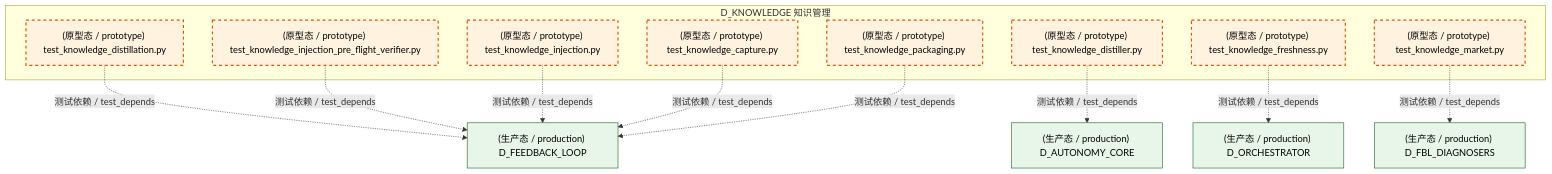
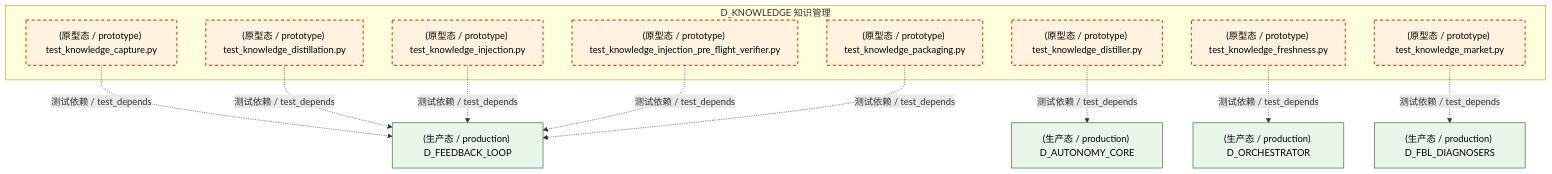
Before and after one commit to xuanFelixVan/ZephyrAlpha: the second of 5 diagrams in docs/02_enterprise_architecture/02_domain_architecture_docs/48_d_knowledge.md, drawn with Mermaid. The commit also changed other lines of this file and 126 other files, not shown here.

````diff
--- a/docs/02_enterprise_architecture/02_domain_architecture_docs/48_d_knowledge.md
+++ b/docs/02_enterprise_architecture/02_domain_architecture_docs/48_d_knowledge.md
@@ -174,31 +174,31 @@
 ```mermaid
 graph TD
     subgraph D_KNOWLEDGE["D_KNOWLEDGE 知识管理"]
         tests_knowledge_engine_test_knowledge_capture_py["(原型态 / prototype) test_knowledge_capture.py"]
         tests_knowledge_engine_test_knowledge_distillation_py["(原型态 / prototype) test_knowledge_distillation.py"]
         tests_knowledge_engine_test_knowledge_distiller_py["(原型态 / prototype) test_knowledge_distiller.py"]
         tests_knowledge_engine_test_knowledge_freshness_py["(原型态 / prototype) test_knowledge_freshness.py"]
         tests_knowledge_engine_test_knowledge_injection_py["(原型态 / prototype) test_knowledge_injection.py"]
         tests_knowledge_engine_test_knowledge_injection_pre_flight_verifier_py["(原型态 / prototype) test_knowledge_injection_pre_flight_verifier.py"]
         tests_knowledge_engine_test_knowledge_market_py["(原型态 / prototype) test_knowledge_market.py"]
         tests_knowledge_engine_test_knowledge_packaging_py["(原型态 / prototype) test_knowledge_packaging.py"]
     end
     D_FEEDBACK_LOOP["(生产态 / production) D_FEEDBACK_LOOP"]
+    tests_knowledge_engine_test_knowledge_capture_py -.->|测试依赖 / test_depends| D_FEEDBACK_LOOP
     tests_knowledge_engine_test_knowledge_distillation_py -.->|测试依赖 / test_depends| D_FEEDBACK_LOOP
+    D_AUTONOMY_CORE["(生产态 / production) D_AUTONOMY_CORE"]
+    tests_knowledge_engine_test_knowledge_distiller_py -.->|测试依赖 / test_depends| D_AUTONOMY_CORE
     D_ORCHESTRATOR["(生产态 / production) D_ORCHESTRATOR"]
     tests_knowledge_engine_test_knowledge_freshness_py -.->|测试依赖 / test_depends| D_ORCHESTRATOR
+    tests_knowledge_engine_test_knowledge_injection_py -.->|测试依赖 / test_depends| D_FEEDBACK_LOOP
+    tests_knowledge_engine_test_knowledge_injection_pre_flight_verifier_py -.->|测试依赖 / test_depends| D_FEEDBACK_LOOP
     D_FBL_DIAGNOSERS["(生产态 / production) D_FBL_DIAGNOSERS"]
     tests_knowledge_engine_test_knowledge_market_py -.->|测试依赖 / test_depends| D_FBL_DIAGNOSERS
-    tests_knowledge_engine_test_knowledge_injection_pre_flight_verifier_py -.->|测试依赖 / test_depends| D_FEEDBACK_LOOP
-    tests_knowledge_engine_test_knowledge_injection_py -.->|测试依赖 / test_depends| D_FEEDBACK_LOOP
-    tests_knowledge_engine_test_knowledge_capture_py -.->|测试依赖 / test_depends| D_FEEDBACK_LOOP
     tests_knowledge_engine_test_knowledge_packaging_py -.->|测试依赖 / test_depends| D_FEEDBACK_LOOP
-    D_AUTONOMY_CORE["(生产态 / production) D_AUTONOMY_CORE"]
-    tests_knowledge_engine_test_knowledge_distiller_py -.->|测试依赖 / test_depends| D_AUTONOMY_CORE
     classDef production fill:#e1f5fe,stroke:#01579b,stroke-width:2px,color:#000
     classDef design fill:#fff3e0,stroke:#e65100,stroke-width:2px,color:#000,stroke-dasharray: 5 5
     classDef external_prod fill:#e8f5e9,stroke:#1b5e20,stroke-width:1px,color:#000
     classDef external_design fill:#fce4ec,stroke:#880e4f,stroke-width:1px,color:#000,stroke-dasharray: 5 5
     class tests_knowledge_engine_test_knowledge_capture_py,tests_knowledge_engine_test_knowledge_distillation_py,tests_knowledge_engine_test_knowledge_distiller_py,tests_knowledge_engine_test_knowledge_freshness_py,tests_knowledge_engine_test_knowledge_injection_py,tests_knowledge_engine_test_knowledge_injection_pre_flight_verifier_py,tests_knowledge_engine_test_knowledge_market_py,tests_knowledge_engine_test_knowledge_packaging_py design
-    class D_FEEDBACK_LOOP,D_ORCHESTRATOR,D_FBL_DIAGNOSERS,D_AUTONOMY_CORE external_prod
+    class D_FEEDBACK_LOOP,D_AUTONOMY_CORE,D_ORCHESTRATOR,D_FBL_DIAGNOSERS external_prod
 ```
````
